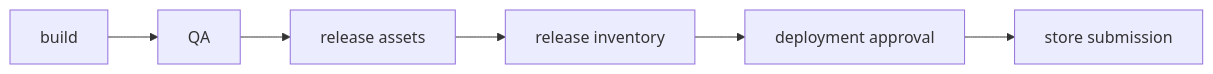
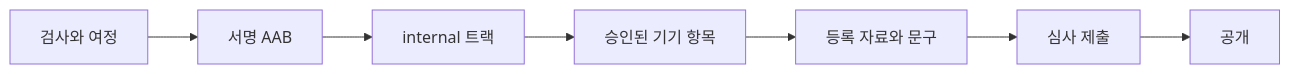
Before and after one commit to seoleeapps/cluster-solitaire: the diagram in docs/06-release/README.md, drawn with Mermaid. The commit also changed other lines of this file and 161 other files, not shown here.

````diff
--- a/docs/06-release/README.md
+++ b/docs/06-release/README.md
@@ -7,8 +9,9 @@
 ```mermaid
 flowchart LR
-  Build["build"] --> QA["QA"]
-  QA --> Assets["release assets"]
-  Assets --> Inventory["release inventory"]
-  Inventory --> Approval["deployment approval"]
-  Approval --> Submit["store submission"]
+  Check["검사와 여정"] --> Build["서명 AAB"]
+  Build --> Internal["internal 트랙"]
+  Internal --> Device["승인된 기기 항목"]
+  Device --> Listing["등록 자료와 문구"]
+  Listing --> Review["심사 제출"]
+  Review --> Public["공개"]
 ```
````
